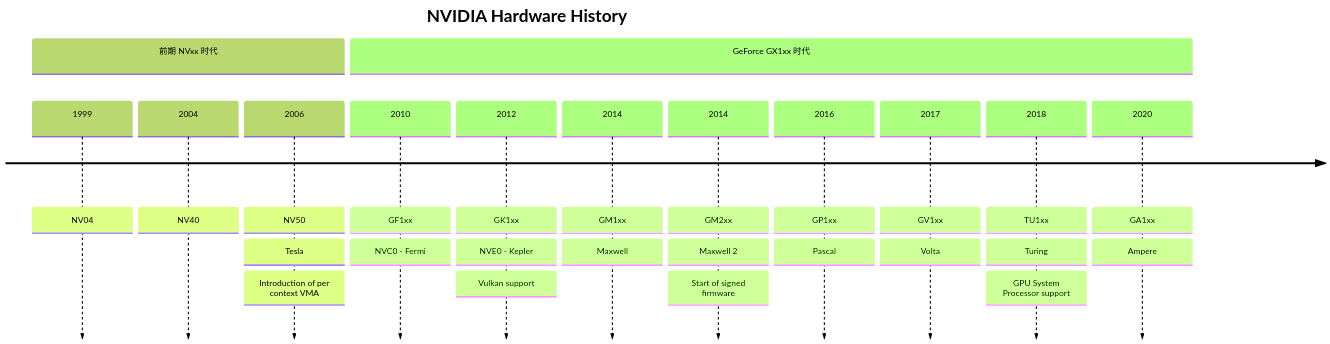
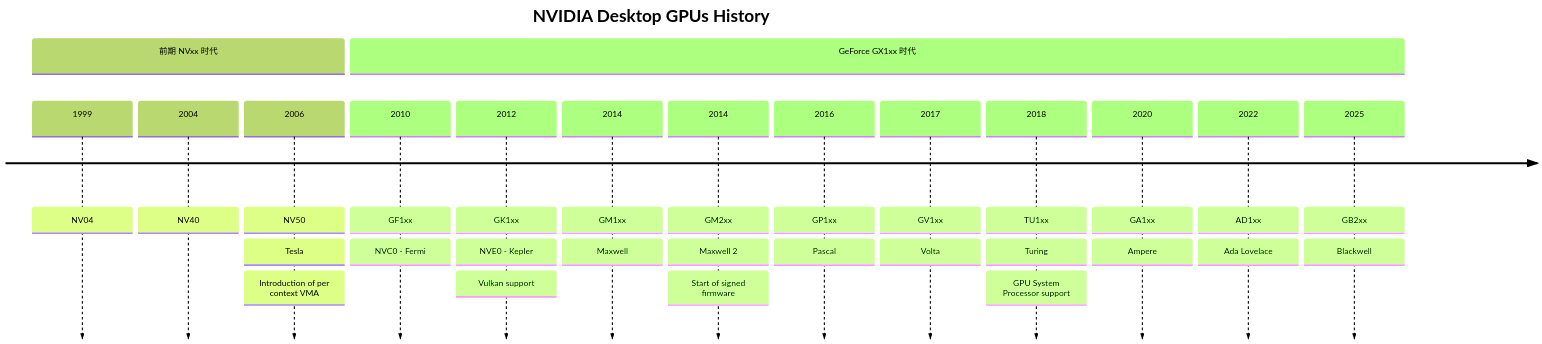
Before and after one commit to lucmann/lucmann.github.io: the diagram in source/_posts/lnx/nouveau.md, drawn with Mermaid. The commit also changed other lines of this file, not shown here.

Commit message:
linux: nouveau

````diff
--- a/source/_posts/lnx/nouveau.md
+++ b/source/_posts/lnx/nouveau.md
@@ -8,21 +8,23 @@
 ```mermaid
 ---
 config:
     theme: 'forest'
 ---
 timeline
-    title NVIDIA Hardware History
+    title NVIDIA Desktop GPUs History
     section 前期 NVxx 时代
         1999 : NV04
         2004 : NV40
         2006 : NV50 : Tesla : Introduction of per context VMA
     section GeForce GX1xx 时代
         2010 : GF1xx : NVC0 - Fermi
         2012 : GK1xx : NVE0 - Kepler : Vulkan support
         2014 : GM1xx : Maxwell
         2014 : GM2xx : Maxwell 2 : Start of signed firmware
         2016 : GP1xx : Pascal
         2017 : GV1xx : Volta
         2018 : TU1xx : Turing : GPU System Processor support
         2020 : GA1xx : Ampere
+        2022 : AD1xx : Ada Lovelace
+        2025 : GB2xx : Blackwell
 ```
````
